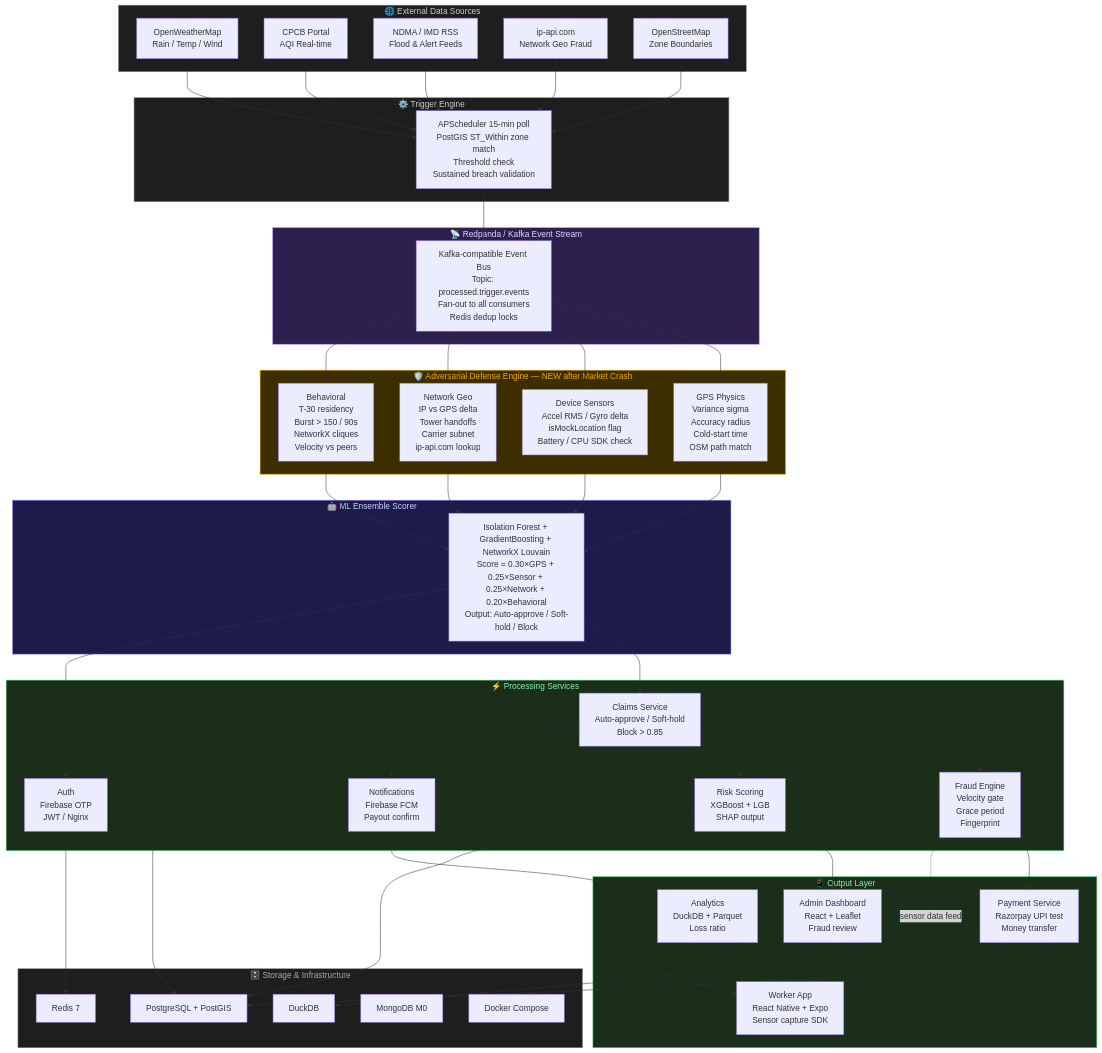
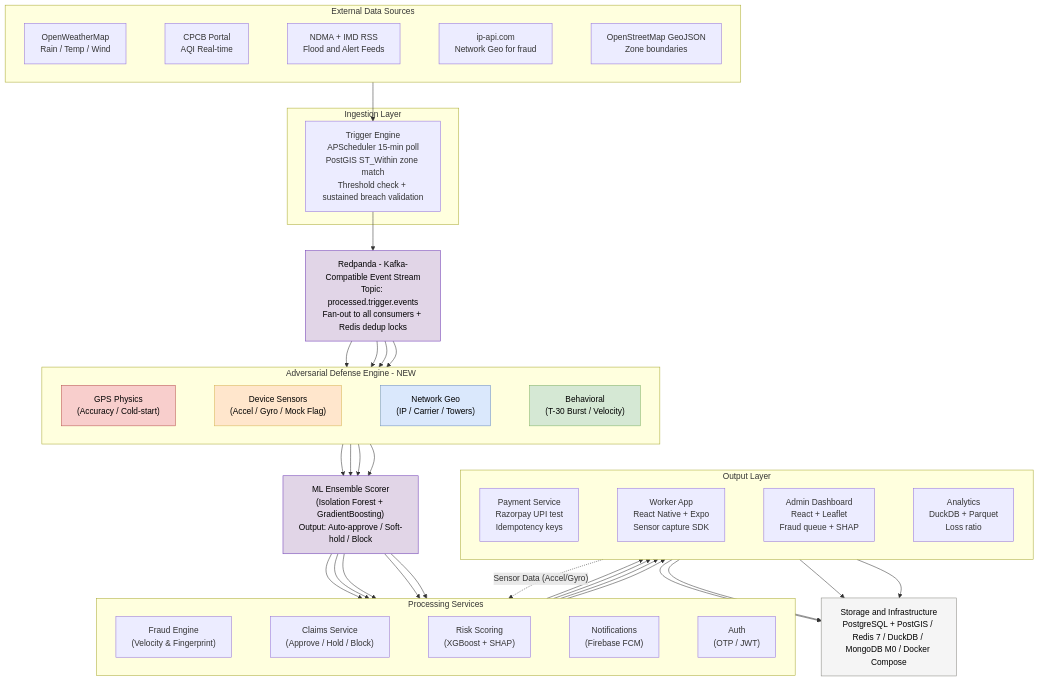
The second of 2 diagrams in README.md (Dhruvvv-26/GigShield-Parametric-Income-Protection), drawn with Mermaid before and after one commit. The commit also changed other lines of this file, not shown here.

Commit message:
Change diagram back to flowchart TD but use invisible links for horizontal subgraph stacking

````diff
--- a/README.md
+++ b/README.md
@@ -419,101 +419,94 @@
 ```mermaid
 flowchart TD
-    subgraph EXT["🌐 External Data Sources"]
+    subgraph EXT [External Data Sources]
+        direction LR
         OWM["OpenWeatherMap\nRain / Temp / Wind"]
         CPCB["CPCB Portal\nAQI Real-time"]
-        IMD["NDMA / IMD RSS\nFlood & Alert Feeds"]
-        IPAPI["ip-api.com\nNetwork Geo Fraud"]
-        OSM["OpenStreetMap\nZone Boundaries"]
+        NDMA["NDMA + IMD RSS\nFlood and Alert Feeds"]
+        IPAPI["ip-api.com\nNetwork Geo for fraud"]
+        OSM["OpenStreetMap GeoJSON\nZone boundaries"]
+        
+        OWM ~~~ CPCB ~~~ NDMA ~~~ IPAPI ~~~ OSM
     end
 
-    subgraph TRIGGER["⚙️ Trigger Engine"]
-        TE["APScheduler 15-min poll\nPostGIS ST_Within zone match\nThreshold check\nSustained breach validation"]
+    subgraph ING [Ingestion Layer]
+        TRIGGER["Trigger Engine\nAPScheduler 15-min poll\nPostGIS ST_Within zone match\nThreshold check + sustained breach validation"]
     end
 
-    subgraph KAFKA["📡 Redpanda / Kafka Event Stream"]
-        RP["Kafka-compatible Event Bus\nTopic: processed.trigger.events\nFan-out to all consumers\nRedis dedup locks"]
+    EXT --> TRIGGER
+
+    REDPANDA["Redpanda - Kafka-Compatible Event Stream\nTopic: processed.trigger.events\nFan-out to all consumers + Redis dedup locks"]
+
+    TRIGGER --> REDPANDA
+
+    subgraph DEFENSE [Adversarial Defense Engine - NEW]
+        direction LR
+        GPS["GPS Physics\n(Accuracy / Cold-start)"]
+        SENSOR["Device Sensors\n(Accel / Gyro / Mock Flag)"]
+        NETGEO["Network Geo\n(IP / Carrier / Towers)"]
+        BEHAV["Behavioral\n(T-30 Burst / Velocity)"]
+        
+        GPS ~~~ SENSOR ~~~ NETGEO ~~~ BEHAV
     end
 
-    subgraph ADE["🛡️ Adversarial Defense Engine — NEW after Market Crash"]
-        GPS["GPS Physics\nVariance sigma\nAccuracy radius\nCold-start time\nOSM path match"]
-        SENS["Device Sensors\nAccel RMS / Gyro delta\nisMockLocation flag\nBattery / CPU SDK check"]
-        NET["Network Geo\nIP vs GPS delta\nTower handoffs\nCarrier subnet\nip-api.com lookup"]
-        BEH["Behavioral\nT-30 residency\nBurst > 150 / 90s\nNetworkX cliques\nVelocity vs peers"]
+    REDPANDA --> GPS
+    REDPANDA --> SENSOR
+    REDPANDA --> NETGEO
+    REDPANDA --> BEHAV
+
+    MLSCORER["ML Ensemble Scorer\n(Isolation Forest + GradientBoosting)\nOutput: Auto-approve / Soft-hold / Block"]
+
+    GPS --> MLSCORER
+    SENSOR --> MLSCORER
+    NETGEO --> MLSCORER
+    BEHAV --> MLSCORER
+
+    subgraph PROC [Processing Services]
+        direction LR
+        FRAUDENG["Fraud Engine\n(Velocity & Fingerprint)"]
+        CLAIMS["Claims Service\n(Approve / Hold / Block)"]
+        RISK["Risk Scoring\n(XGBoost + SHAP)"]
+        NOTIF["Notifications\n(Firebase FCM)"]
+        AUTH["Auth\n(OTP / JWT)"]
+        
+        FRAUDENG ~~~ CLAIMS ~~~ RISK ~~~ NOTIF ~~~ AUTH
     end
 
-    subgraph ML["🤖 ML Ensemble Scorer"]
-        SCORE["Isolation Forest + GradientBoosting + NetworkX Louvain\nScore = 0.30×GPS + 0.25×Sensor + 0.25×Network + 0.20×Behavioral\nOutput: Auto-approve / Soft-hold / Block"]
+    MLSCORER --> FRAUDENG
+    MLSCORER --> CLAIMS
+    MLSCORER --> RISK
+    MLSCORER --> NOTIF
+    MLSCORER --> AUTH
+
+    subgraph OUTPUT [Output Layer]
+        direction LR
+        PAYMENT["Payment Service\nRazorpay UPI test\nIdempotency keys"]
+        WORKERAPP["Worker App\nReact Native + Expo\nSensor capture SDK"]
+        ADMINDASH["Admin Dashboard\nReact + Leaflet\nFraud queue + SHAP"]
+        ANALYTICS["Analytics\nDuckDB + Parquet\nLoss ratio"]
+        
+        PAYMENT ~~~ WORKERAPP ~~~ ADMINDASH ~~~ ANALYTICS
     end
 
-    subgraph PROC["⚡ Processing Services"]
-        CLAIMS["Claims Service\nAuto-approve / Soft-hold\nBlock > 0.85"]
-        AUTH["Auth\nFirebase OTP\nJWT / Nginx"]
-        FRAUD["Fraud Engine\nVelocity gate\nGrace period\nFingerprint"]
-        RISK["Risk Scoring\nXGBoost + LGB\nSHAP output"]
-        NOTIF["Notifications\nFirebase FCM\nPayout confirm"]
-    end
+    FRAUDENG --> PAYMENT
+    CLAIMS --> WORKERAPP
+    RISK --> ADMINDASH
+    NOTIF --> ANALYTICS
 
-    subgraph OUT["📱 Output Layer"]
-        WAPP["Worker App\nReact Native + Expo\nSensor capture SDK"]
-        ADMIN["Admin Dashboard\nReact + Leaflet\nFraud review"]
-        ANALY["Analytics\nDuckDB + Parquet\nLoss ratio"]
-        PAY["Payment Service\nRazorpay UPI test\nMoney transfer"]
-    end
+    WORKERAPP -.->|"Sensor Data (Accel/Gyro)"| FRAUDENG
 
-    subgraph STORE["🗄️ Storage & Infrastructure"]
-        DB["PostgreSQL + PostGIS"]
-        REDIS["Redis 7"]
-        DUCK["DuckDB"]
-        MONGO["MongoDB M0"]
-        DOCK["Docker Compose"]
-    end
+    STORAGE["Storage and Infrastructure\nPostgreSQL + PostGIS / Redis 7 / DuckDB / MongoDB M0 / Docker Compose"]
 
-    OWM --> TE
-    CPCB --> TE
-    IMD --> TE
-    IPAPI --> TE
-    OSM --> TE
+    PAYMENT --> STORAGE
+    WORKERAPP --> STORAGE
+    ADMINDASH --> STORAGE
+    ANALYTICS --> STORAGE
 
-    TE --> RP
-
-    RP --> GPS
-    RP --> SENS
-    RP --> NET
-    RP --> BEH
-
-    GPS --> SCORE
-    SENS --> SCORE
-    NET --> SCORE
-    BEH --> SCORE
-
-    SCORE --> CLAIMS
-    SCORE --> AUTH
-    CLAIMS --> FRAUD
-    CLAIMS --> RISK
-    CLAIMS --> NOTIF
-
-    FRAUD --> PAY
-    RISK --> ADMIN
-    NOTIF --> WAPP
-
-    PAY --> OUT
-    ADMIN --> OUT
-    ANALY --> OUT
-
-    WAPP -.->|sensor data feed| FRAUD
-
-    CLAIMS --> DB
-    RISK --> DB
-    PAY --> DB
-    ANALY --> DUCK
-    AUTH --> REDIS
-
-    style ADE fill:#3d2e00,stroke:#f0a500,color:#f0a500
-    style ML fill:#1e1b4b,stroke:#818cf8,color:#c7d2fe
-    style PROC fill:#1a2e1a,stroke:#4ade80,color:#86efac
-    style EXT fill:#1e1e1e,stroke:#888,color:#ccc
-    style TRIGGER fill:#1e1e1e,stroke:#888,color:#ccc
-    style KAFKA fill:#2d1f4e,stroke:#a78bfa,color:#ddd8fe
-    style OUT fill:#1a2e1a,stroke:#4ade80,color:#86efac
-    style STORE fill:#1e1e1e,stroke:#888,color:#aaa
+    style REDPANDA fill:#e1d5e7,stroke:#6d3ab5,color:#000000
+    style MLSCORER fill:#e1d5e7,stroke:#6d3ab5,color:#000000
+    style GPS fill:#f8cecc,stroke:#b85450,color:#000000
+    style SENSOR fill:#ffe6cc,stroke:#d6b656,color:#000000
+    style NETGEO fill:#dae8fc,stroke:#6c8ebf,color:#000000
+    style BEHAV fill:#d5e8d4,stroke:#82b366,color:#000000
+    style STORAGE fill:#f5f5f5,stroke:#888780,color:#000000
 ```
````
